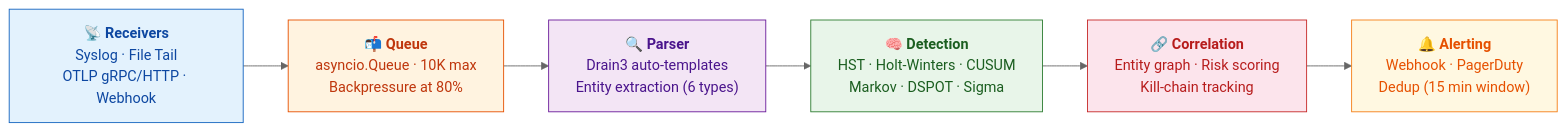
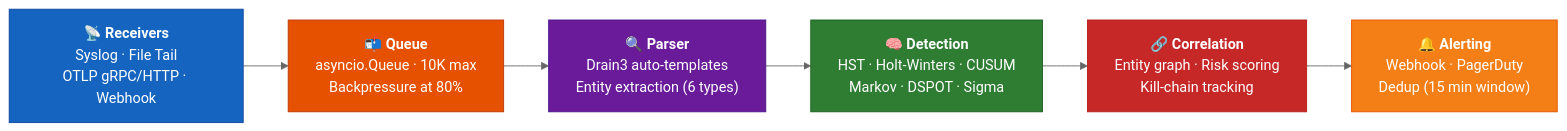
One commit to seerflow/seerflow-guide changed the diagram in docs/architecture/index.md. Above: the diagram before and after it, drawn with Mermaid (neutral theme). The commit also changed 4 other files, not shown here.

First line of the commit message:
fix: diagram readability — dark fills, click-to-zoom, simplified sequence diagram

````diff
--- a/docs/architecture/index.md
+++ b/docs/architecture/index.md
@@ -33,18 +33,18 @@
 ```mermaid
 graph LR
     A["📡 <b>Receivers</b><br/>Syslog · File Tail<br/>OTLP gRPC/HTTP · Webhook"]
     B["📬 <b>Queue</b><br/>asyncio.Queue · 10K max<br/>Backpressure at 80%"]
     C["🔍 <b>Parser</b><br/>Drain3 auto-templates<br/>Entity extraction (6 types)"]
     D["🧠 <b>Detection</b><br/>HST · Holt-Winters · CUSUM<br/>Markov · DSPOT · Sigma"]
     E["🔗 <b>Correlation</b><br/>Entity graph · Risk scoring<br/>Kill-chain tracking"]
     F["🔔 <b>Alerting</b><br/>Webhook · PagerDuty<br/>Dedup (15 min window)"]
 
     A --> B --> C --> D --> E --> F
 
-    style A fill:#e3f2fd,stroke:#1565c0,color:#0d47a1
-    style B fill:#fff3e0,stroke:#e65100,color:#bf360c
-    style C fill:#f3e5f5,stroke:#6a1b9a,color:#4a148c
-    style D fill:#e8f5e9,stroke:#2e7d32,color:#1b5e20
-    style E fill:#fce4ec,stroke:#c62828,color:#b71c1c
-    style F fill:#fff8e1,stroke:#f57f17,color:#e65100
+    style A fill:#1565c0,stroke:#0d47a1,color:#fff
+    style B fill:#e65100,stroke:#bf360c,color:#fff
+    style C fill:#6a1b9a,stroke:#4a148c,color:#fff
+    style D fill:#2e7d32,stroke:#1b5e20,color:#fff
+    style E fill:#c62828,stroke:#b71c1c,color:#fff
+    style F fill:#f57f17,stroke:#e65100,color:#fff
 ```
````
